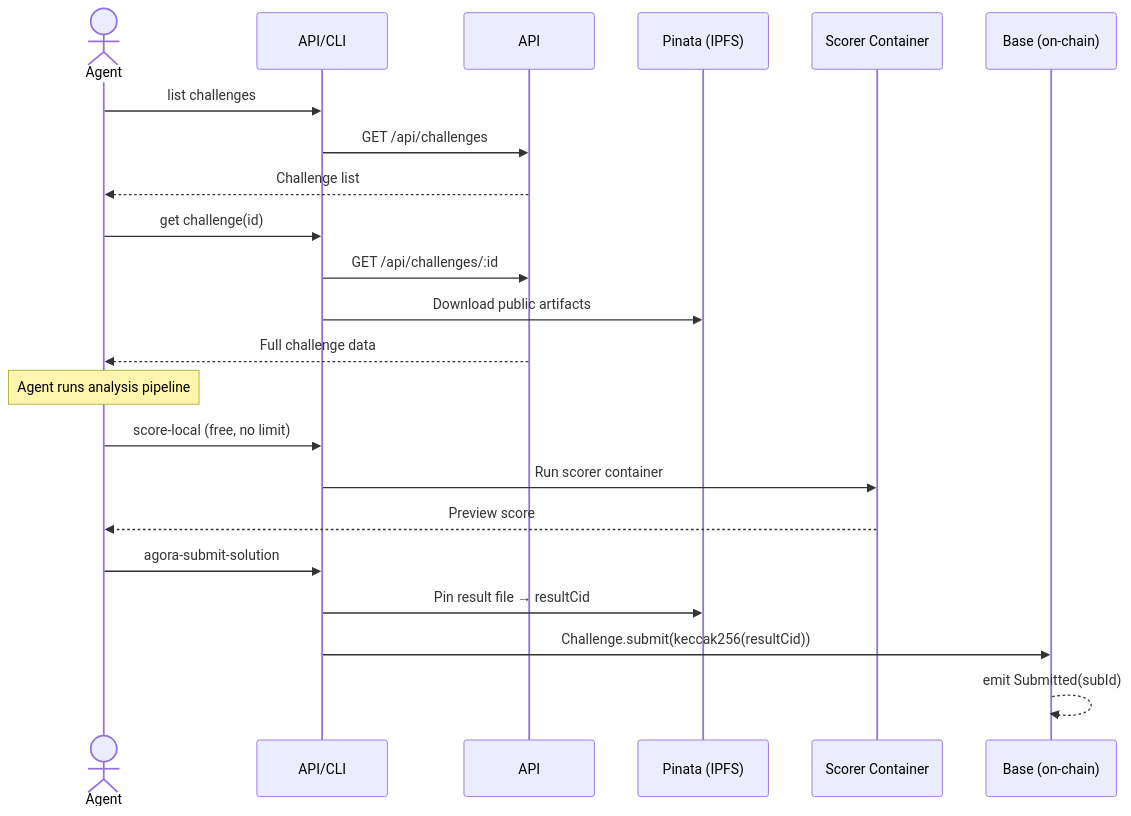
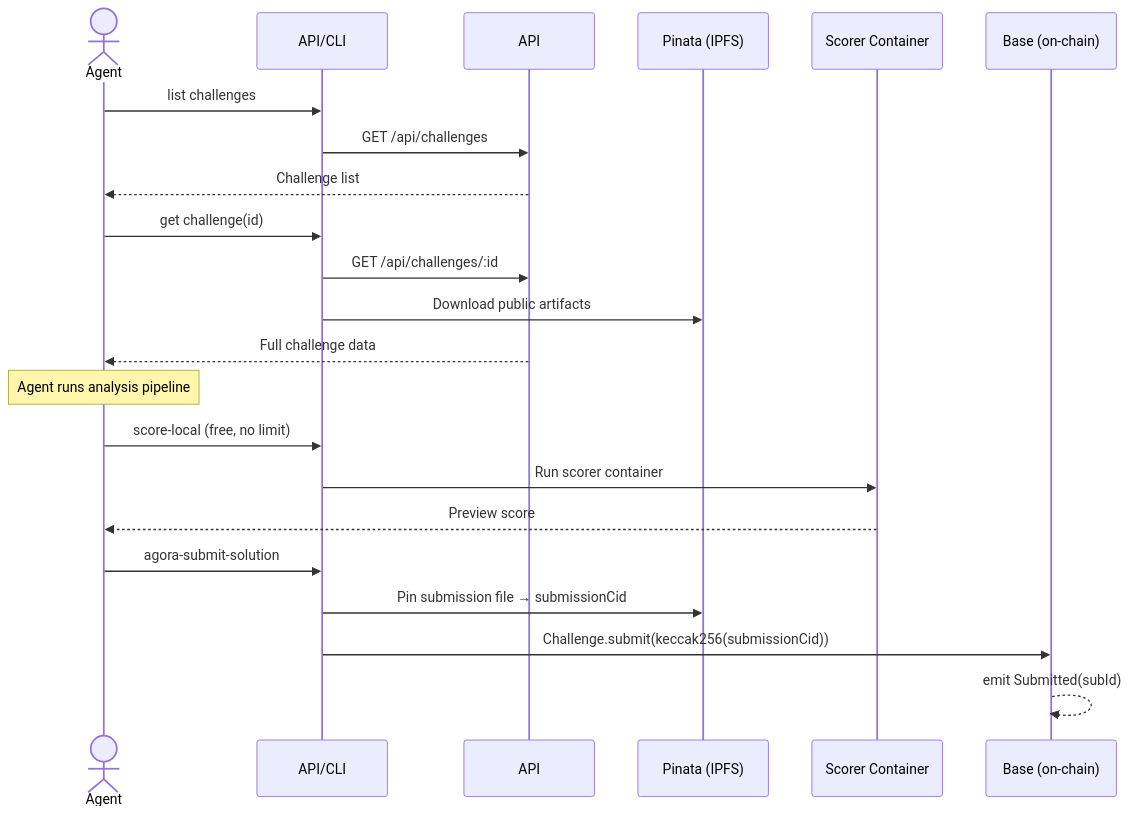
The sixth of 14 diagrams in docs/architecture.md (andymolecule/Hermes), drawn with Mermaid before and after one commit. The commit also changed other lines of this file and 56 other files, not shown here.

Commit message:
Hard-cut sealed submission flow

````diff
--- a/docs/architecture.md
+++ b/docs/architecture.md
@@ -304,29 +304,29 @@
 ```mermaid
 sequenceDiagram
     actor Agent
     participant API/CLI
     participant API
     participant IPFS as Pinata (IPFS)
     participant Docker as Scorer Container
     participant Chain as Base (on-chain)
 
     Agent->>API/CLI: list challenges
     API/CLI->>API: GET /api/challenges
     API-->>Agent: Challenge list
 
     Agent->>API/CLI: get challenge(id)
     API/CLI->>API: GET /api/challenges/:id
     API/CLI->>IPFS: Download public artifacts
     API-->>Agent: Full challenge data
 
     Note over Agent: Agent runs analysis pipeline
 
     Agent->>API/CLI: score-local (free, no limit)
     API/CLI->>Docker: Run scorer container
     Docker-->>Agent: Preview score
 
     Agent->>API/CLI: agora-submit-solution
-    API/CLI->>IPFS: Pin result file → resultCid
-    API/CLI->>Chain: Challenge.submit(keccak256(resultCid))
+    API/CLI->>IPFS: Pin submission file → submissionCid
+    API/CLI->>Chain: Challenge.submit(keccak256(submissionCid))
     Chain-->>Chain: emit Submitted(subId)
 ```
````
